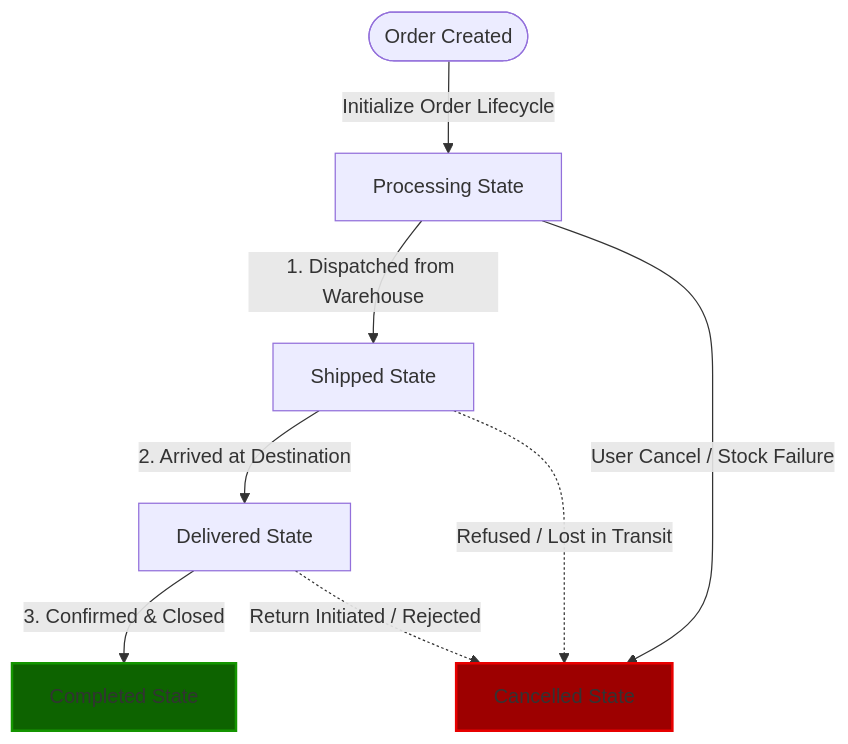
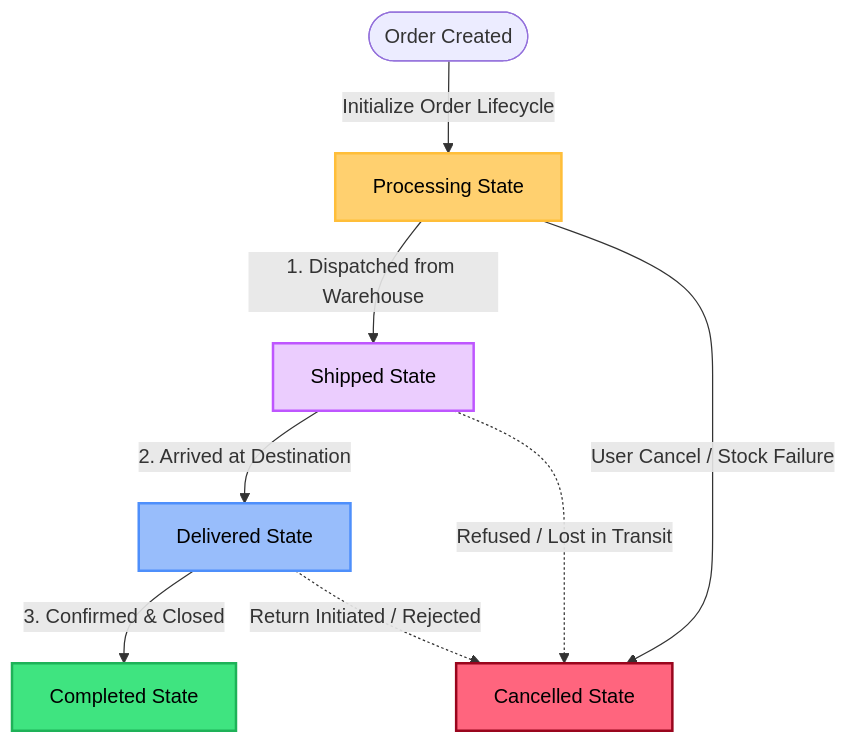
One commit to yewess97/Grace changed the fifth of 11 diagrams in resources/docs/project-workflow.md. Above: the diagram before and after it, drawn with Mermaid. The commit also changed 16 other files, not shown here.

````diff
--- a/resources/docs/project-workflow.md
+++ b/resources/docs/project-workflow.md
@@ -204,27 +204,33 @@
 ```mermaid
 flowchart TD
     %% Nodes
     Start([Order Created])
     Proc[Processing State]
     Ship[Shipped State]
     Deliv[Delivered State]
     Comp[Completed State]
-    Cancel[Cancelled State]
+    Can[Cancelled State]
 
     %% Main Success Path (Happy Path)
     Start -->|Initialize Order Lifecycle| Proc
     Proc -->|1. Dispatched from Warehouse| Ship
     Ship -->|2. Arrived at Destination| Deliv
     Deliv -->|3. Confirmed & Closed| Comp
 
     %% Exception Handling (Cancellation Paths)
-    Proc --->|User Cancel / Stock Failure| Cancel
-    Ship -.->|Refused / Lost in Transit| Cancel
-    Deliv -.->|Return Initiated / Rejected| Cancel
+    Proc --->|User Cancel / Stock Failure| Can
+    Ship -.->|Refused / Lost in Transit| Can
+    Deliv -.->|Return Initiated / Rejected| Can
 
     %% Terminal States Styling Context
-    classDef success fill:#0d6300,stroke:#149500,stroke-width:2px;
-    classDef danger fill:#9d0000,stroke:#e80000,stroke-width:2px;
-    class Comp success;
-    class Cancel danger;
+    classDef processing fill:#ffd06f,stroke:#ffbe39,stroke-width:2px,color:#000000,font-weight:500;
+    classDef shipped fill:#ebcdfe,stroke:#be56ff,stroke-width:2px,color:#000000,font-weight:500;
+    classDef delivered fill:#98bdfb,stroke:#4e8ffb,stroke-width:2px,color:#000000,font-weight:500;
+    classDef completed fill:#3fe480,stroke:#1eb258,stroke-width:2px,color:#000000,font-weight:500;
+    classDef cancelled fill:#ff657e,stroke:#99051d,stroke-width:2px,color:#000000,font-weight:500;
+    class Proc processing;
+    class Ship shipped;
+    class Deliv delivered;
+    class Comp completed;
+    class Can cancelled;
 ```
````
